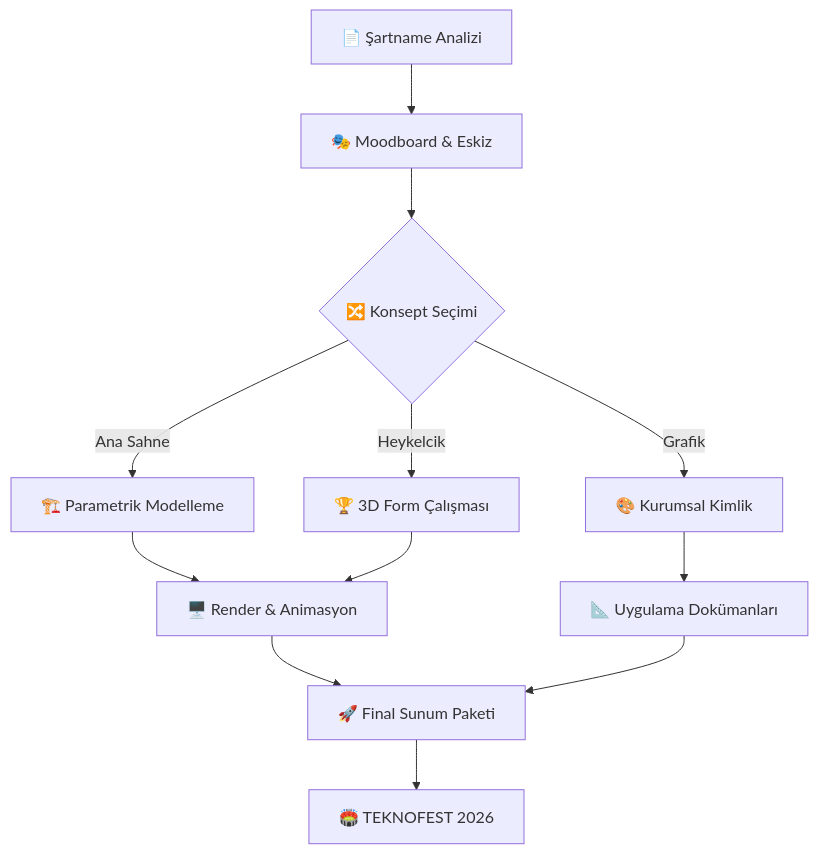
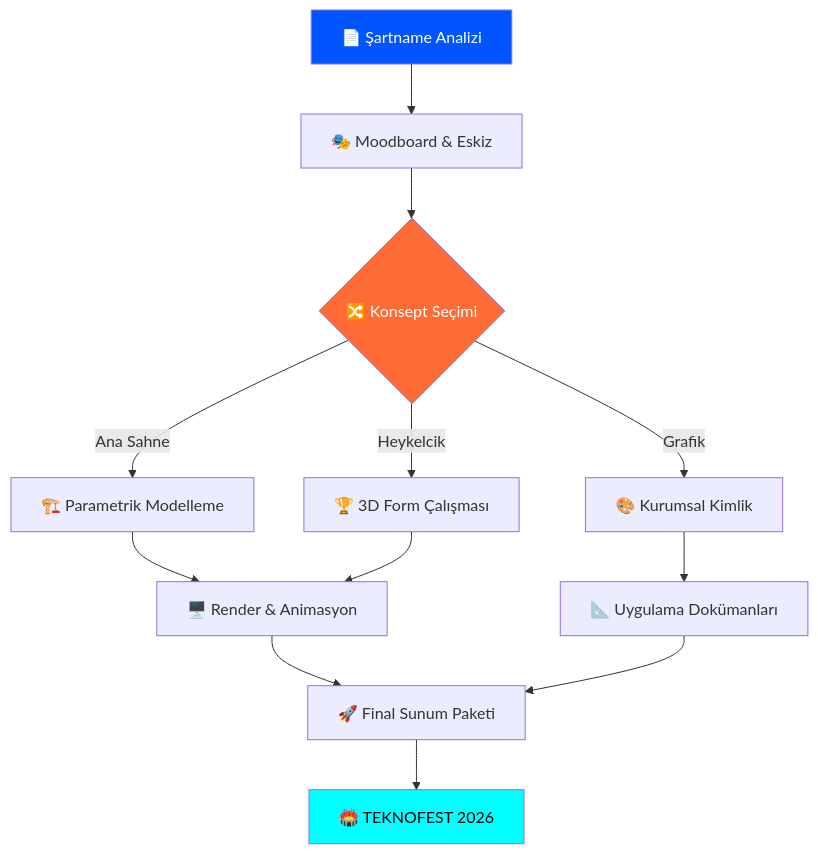
Before and after one commit to bahattinyunus/teknofest_mimari_gorsel_tasarim: the diagram in README.md, drawn with Mermaid. The commit also changed other lines of this file, not shown here.

Commit message:
feat: Massively enhance README with ToC, FAQ, timeline, principles cards, and premium sections

````diff
--- a/README.md
+++ b/README.md
@@ -149,14 +222,18 @@
 ```mermaid
 graph TD
-    A[📄 Şartname Analizi] --> B[🎭 Moodboard & Eskiz]
-    B --> C{🔀 Konsept Seçimi}
-    C -->|Ana Sahne| D[🏗️ Parametrik Modelleme]
-    C -->|Heykelcik| E[🏆 3D Form Çalışması]
-    C -->|Grafik| F[🎨 Kurumsal Kimlik]
-    D --> G[🖥️ Render & Animasyon]
+    A["📄 Şartname Analizi"] --> B["🎭 Moodboard & Eskiz"]
+    B --> C{"🔀 Konsept Seçimi"}
+    C -->|"Ana Sahne"| D["🏗️ Parametrik Modelleme"]
+    C -->|"Heykelcik"| E["🏆 3D Form Çalışması"]
+    C -->|"Grafik"| F["🎨 Kurumsal Kimlik"]
+    D --> G["🖥️ Render & Animasyon"]
     E --> G
-    F --> H[📐 Uygulama Dokümanları]
-    G --> I[🚀 Final Sunum Paketi]
+    F --> H["📐 Uygulama Dokümanları"]
+    G --> I["🚀 Final Sunum Paketi"]
     H --> I
-    I --> J[🏟️ TEKNOFEST 2026]
+    I --> J["🏟️ TEKNOFEST 2026"]
+
+    style A fill:#0055FF,color:#fff
+    style J fill:#00FFFF,color:#000
+    style C fill:#FF6B35,color:#fff
 ```
````
